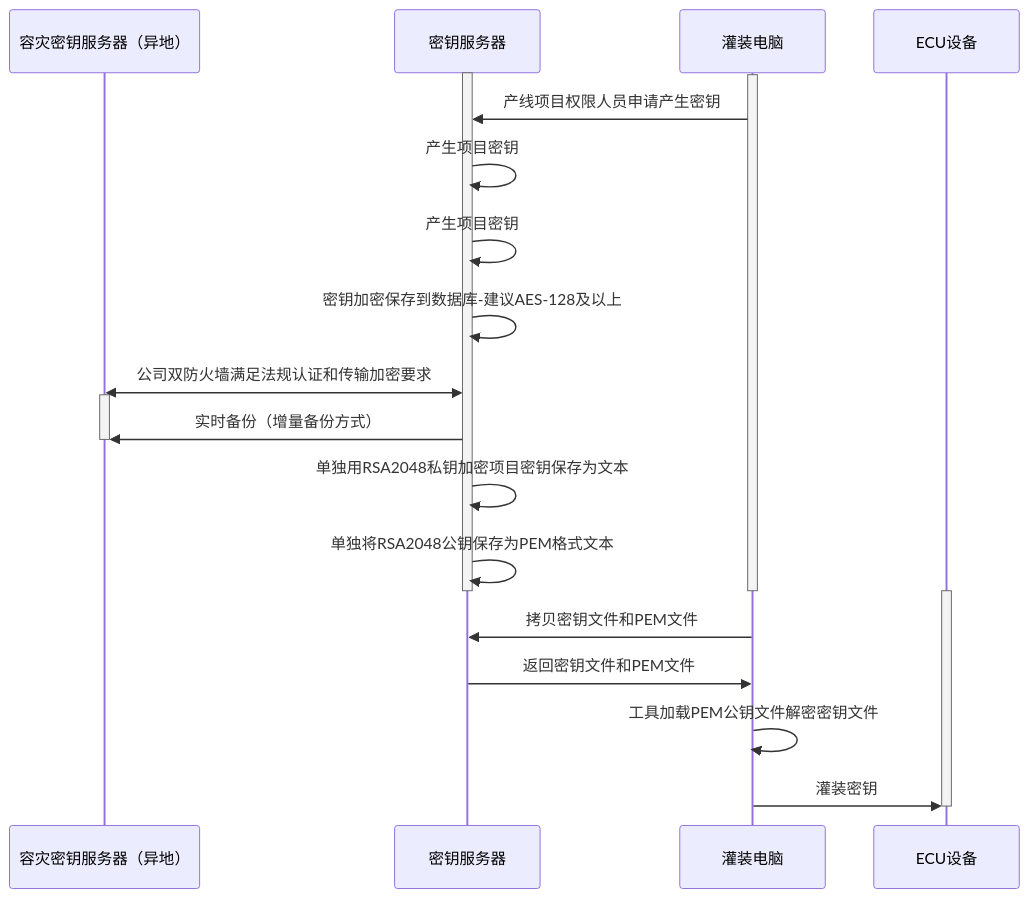
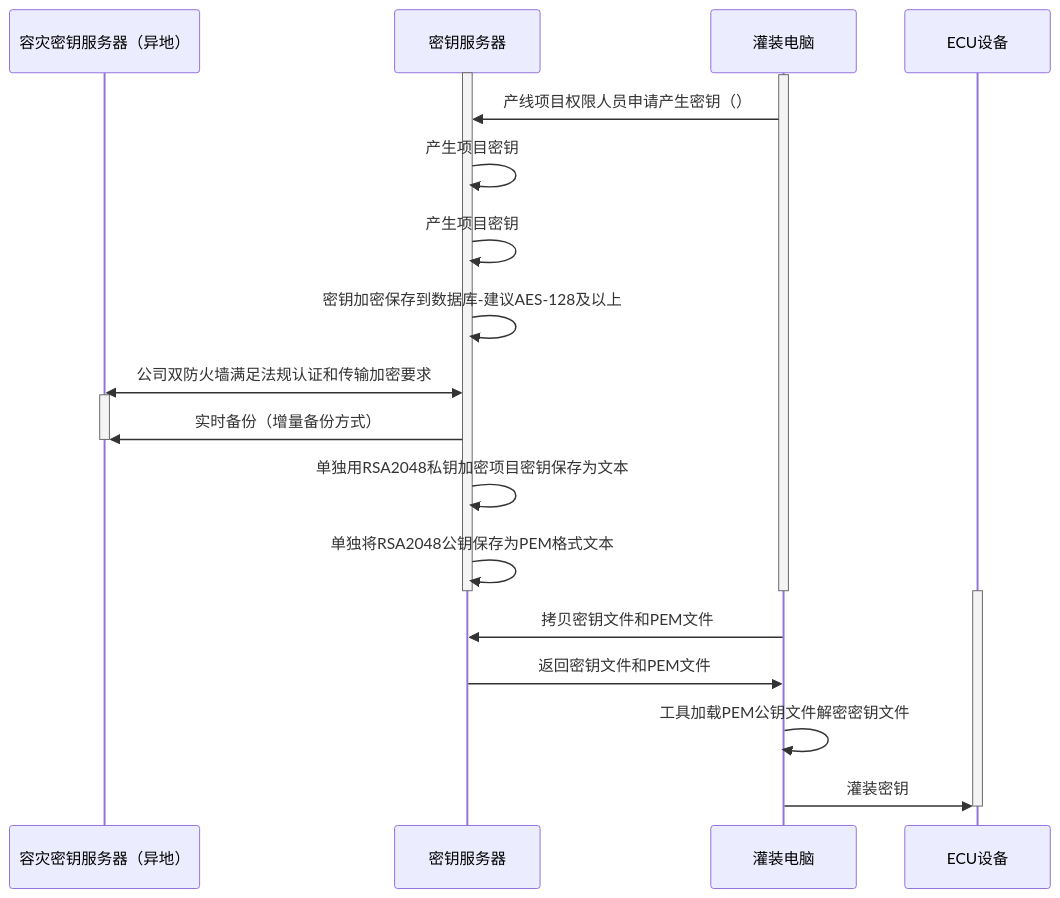
Before and after one commit to facebook-cloud/iodraw-files: the diagram in all/未命名-15.md, drawn with Mermaid.

Commit message:
2026-02-11 19:24:32 update

````diff
--- a/all/未命名-15.md
+++ b/all/未命名-15.md
@@ -1,31 +1,31 @@
 ```mermaid
 sequenceDiagram
     participant A as 容灾密钥服务器（异地）
     participant B as 密钥服务器
     participant D as 灌装电脑
     participant E as ECU设备
 
     activate B
     activate D
-    D->>B: 产线项目权限人员申请产生密钥
+    D->>B: 产线项目权限人员申请产生密钥（）
     B->>B: 产生项目密钥
     B->>B: 产生项目密钥
     B->>B: 密钥加密保存到数据库-建议AES-128及以上
     A<<->>B: 公司双防火墙满足法规认证和传输加密要求
 
     activate A
     B->>A: 实时备份（增量备份方式）
     deactivate A
     B->>B: 单独用RSA2048私钥加密项目密钥保存为文本
     B->>B: 单独将RSA2048公钥保存为PEM格式文本
     deactivate B
     deactivate D
 
     activate E
     D->>B: 拷贝密钥文件和PEM文件
     B->>D: 返回密钥文件和PEM文件
     D->>D:工具加载PEM公钥文件解密密钥文件
     D->>E: 灌装密钥
     deactivate E
 
 ```
````
